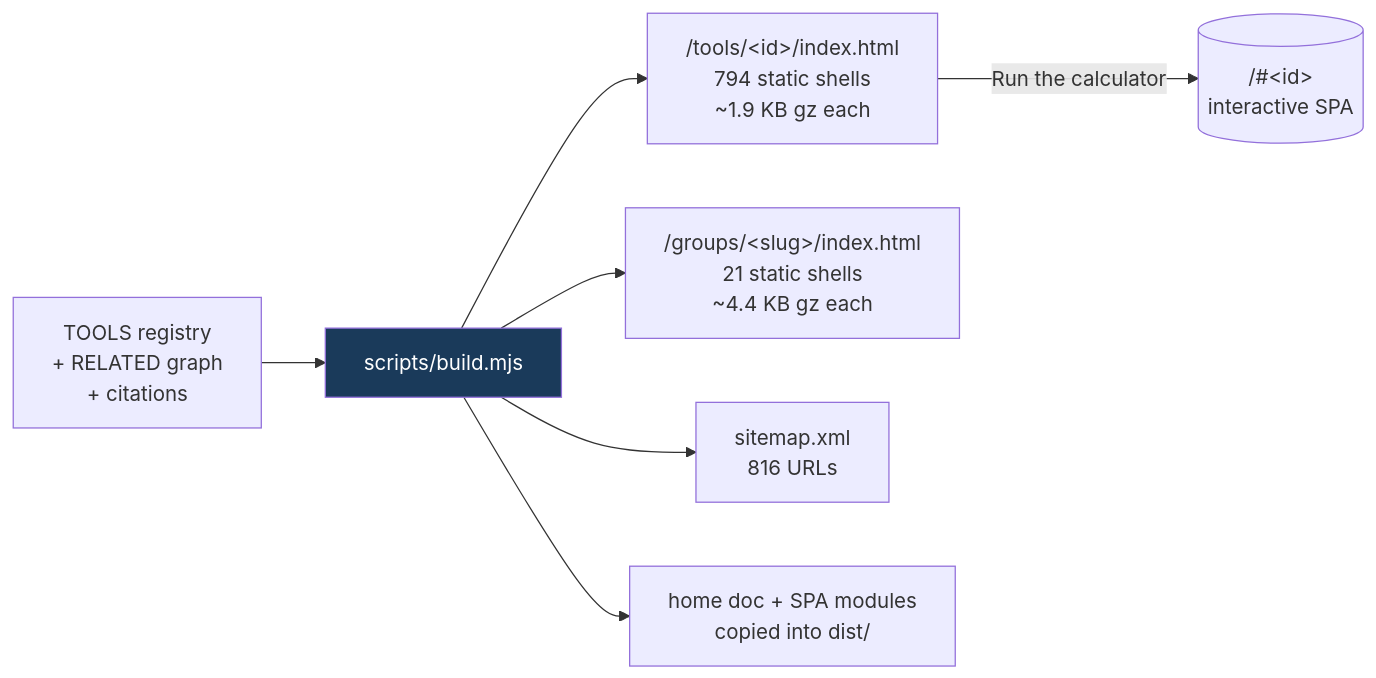
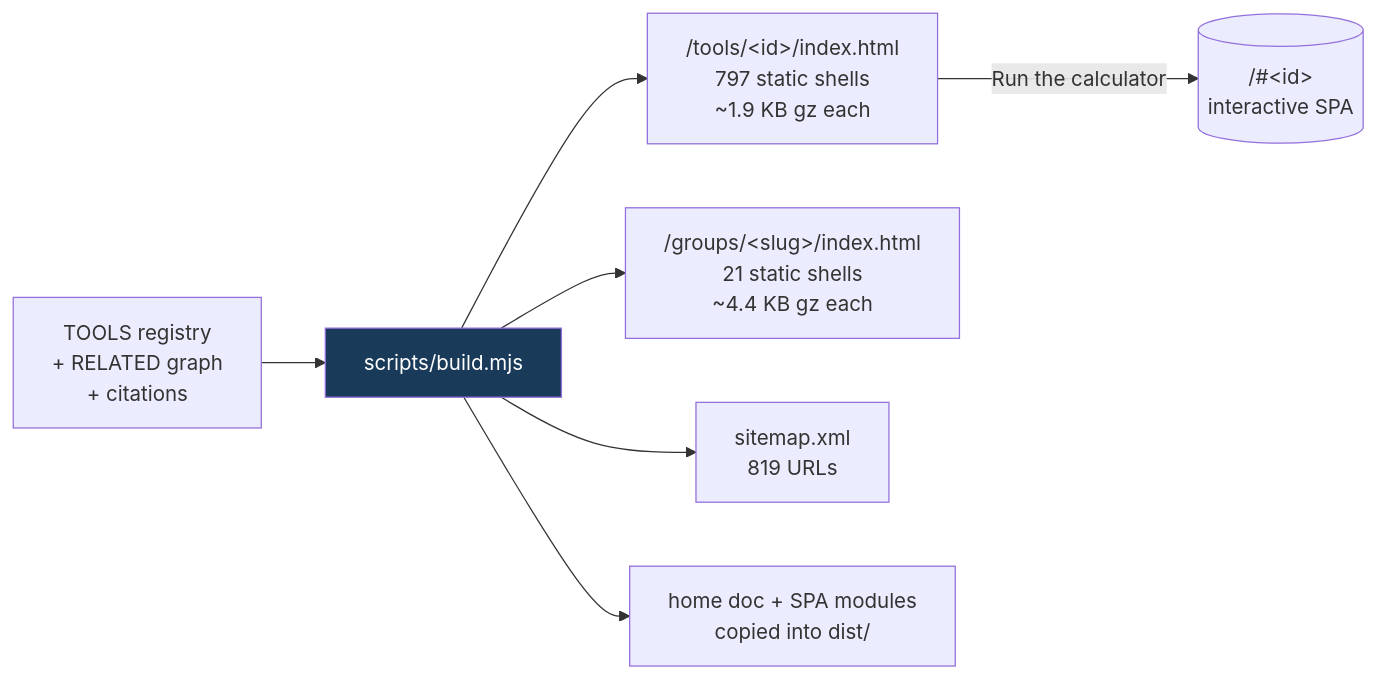
The fifth of 8 diagrams in README.md (clay-good/roughlogic.com), drawn with Mermaid before and after one commit. The commit also changed other lines of this file and 19 other files, not shown here.

````diff
--- a/README.md
+++ b/README.md
@@ -495,10 +495,10 @@
 ```mermaid
 flowchart LR
     SRC[TOOLS registry\n+ RELATED graph\n+ citations] --> BUILD[scripts/build.mjs]
-    BUILD --> TILE["/tools/&lt;id&gt;/index.html\n794 static shells\n~1.9 KB gz each"]
+    BUILD --> TILE["/tools/&lt;id&gt;/index.html\n797 static shells\n~1.9 KB gz each"]
     BUILD --> GROUP["/groups/&lt;slug&gt;/index.html\n21 static shells\n~4.4 KB gz each"]
-    BUILD --> MAP["sitemap.xml\n816 URLs"]
+    BUILD --> MAP["sitemap.xml\n819 URLs"]
     BUILD --> COPY[home doc + SPA modules\ncopied into dist/]
     TILE -->|Run the calculator| SPA[("/#&lt;id&gt;\ninteractive SPA")]
     style BUILD fill:#1a3a5a,color:#fff
 ```
````
